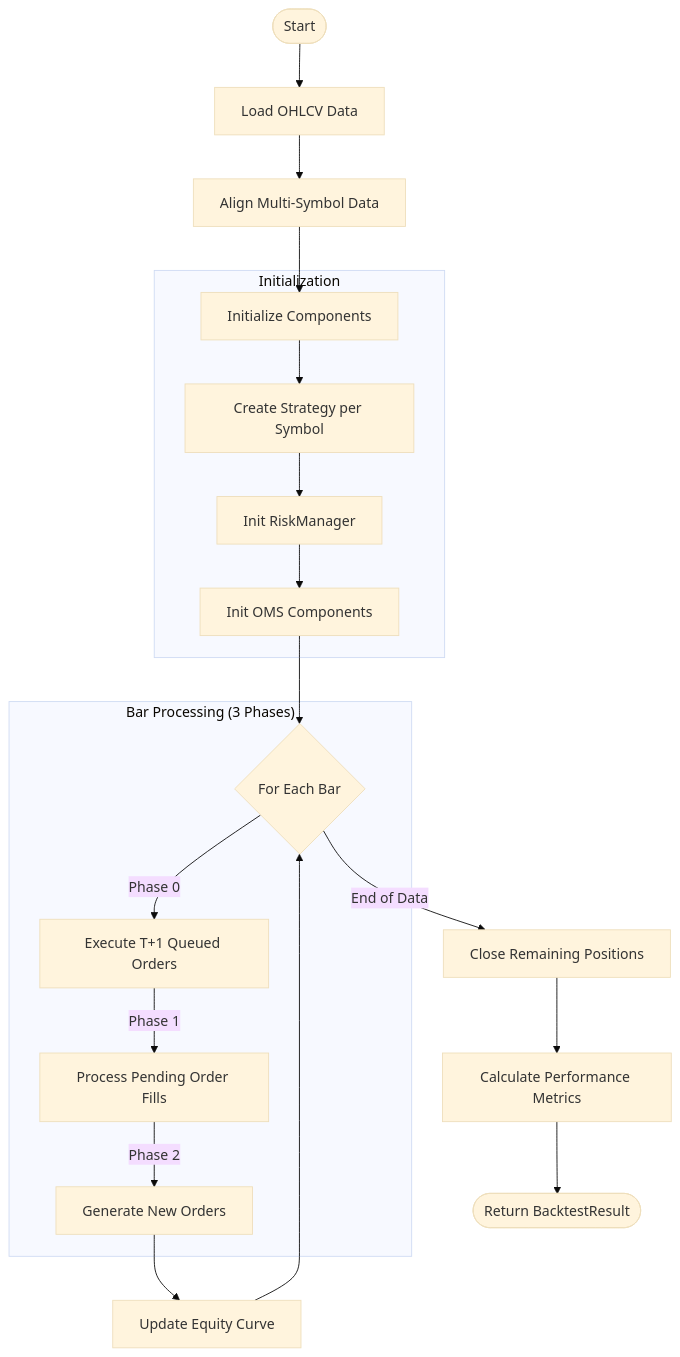
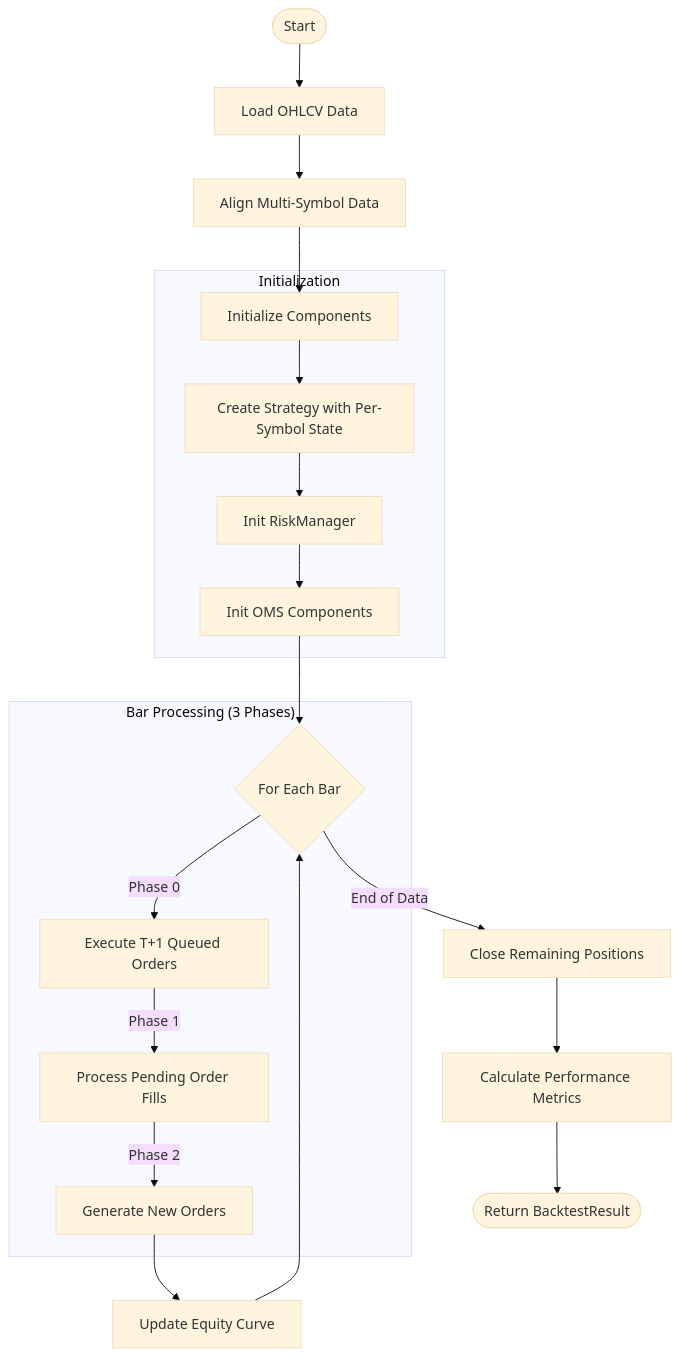
The second of 8 diagrams in docs/ARCHITECTURE.md (P0W/crypto-strategies), drawn with Mermaid (base theme) before and after one commit. The commit also changed other lines of this file and 38 other files, not shown here.

````diff
--- a/docs/ARCHITECTURE.md
+++ b/docs/ARCHITECTURE.md
@@ -95,27 +163,27 @@
 ```mermaid
 flowchart TD
     Start([Start]) --> LoadData["Load OHLCV Data"]
     LoadData --> AlignData["Align Multi-Symbol Data"]
     AlignData --> InitComponents["Initialize Components"]
     
     subgraph Init["Initialization"]
-        InitComponents --> CreateStrategy["Create Strategy per Symbol"]
+        InitComponents --> CreateStrategy["Create Strategy with Per-Symbol State"]
         CreateStrategy --> InitRisk["Init RiskManager"]
         InitRisk --> InitOMS["Init OMS Components"]
     end
 
     InitOMS --> BarLoop{"For Each Bar"}
     
     subgraph BarProcessing["Bar Processing (3 Phases)"]
         BarLoop -->|Phase 0| ExecuteQueued["Execute T+1 Queued Orders"]
         ExecuteQueued -->|Phase 1| ProcessFills["Process Pending Order Fills"]
         ProcessFills -->|Phase 2| GenerateOrders["Generate New Orders"]
     end
 
     GenerateOrders --> UpdateEquity["Update Equity Curve"]
     UpdateEquity --> BarLoop
     
     BarLoop -->|End of Data| ClosePositions["Close Remaining Positions"]
     ClosePositions --> CalcMetrics["Calculate Performance Metrics"]
     CalcMetrics --> Return([Return BacktestResult])
 ```
````
